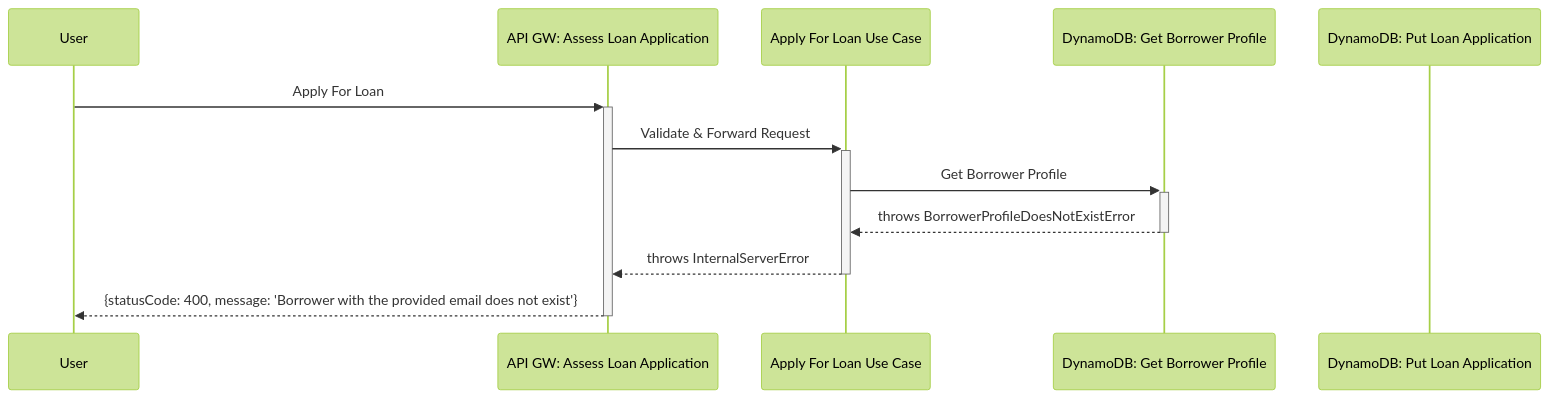
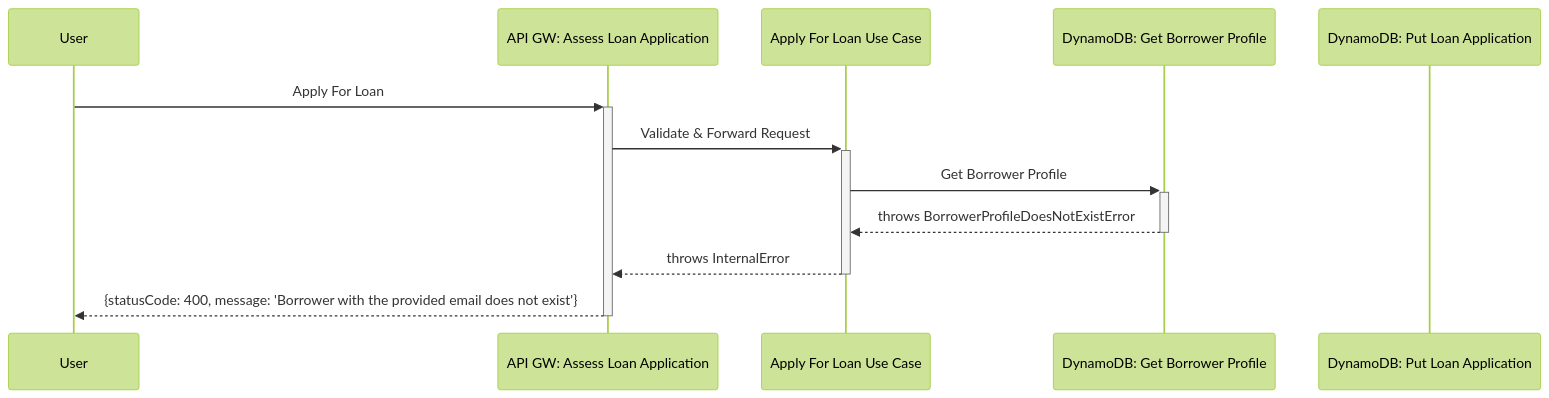
Before and after one commit to BenBowers/hexyback-workshop: the fifth of 5 diagrams in docs/docs/loan-application/overview.mdx, drawn with Mermaid (forest theme). The commit also changed other lines of this file and 12 other files, not shown here.

````diff
--- a/docs/docs/loan-application/overview.mdx
+++ b/docs/docs/loan-application/overview.mdx
@@ -133,15 +123,15 @@
 ```mermaid
 sequenceDiagram
     participant User
     participant PrimaryAdaptor as API GW: Assess Loan Application 
     participant ApplyForLoanUseCase as Apply For Loan Use Case
     participant GetBorrowerProfileSecondaryAdapter as DynamoDB: Get Borrower Profile
     participant PutLoanApplicationSecondaryAdaptor as DynamoDB: Put Loan Application
     
     User->>+PrimaryAdaptor: Apply For Loan
     PrimaryAdaptor->>+ApplyForLoanUseCase: Validate & Forward Request
     ApplyForLoanUseCase->>+GetBorrowerProfileSecondaryAdapter: Get Borrower Profile 
     GetBorrowerProfileSecondaryAdapter-->>-ApplyForLoanUseCase: throws BorrowerProfileDoesNotExistError
-    ApplyForLoanUseCase-->>-PrimaryAdaptor: throws InternalServerError
+    ApplyForLoanUseCase-->>-PrimaryAdaptor: throws InternalError
     PrimaryAdaptor-->>-User: {statusCode: 400, message: 'Borrower with the provided email does not exist'}
 ```
````
